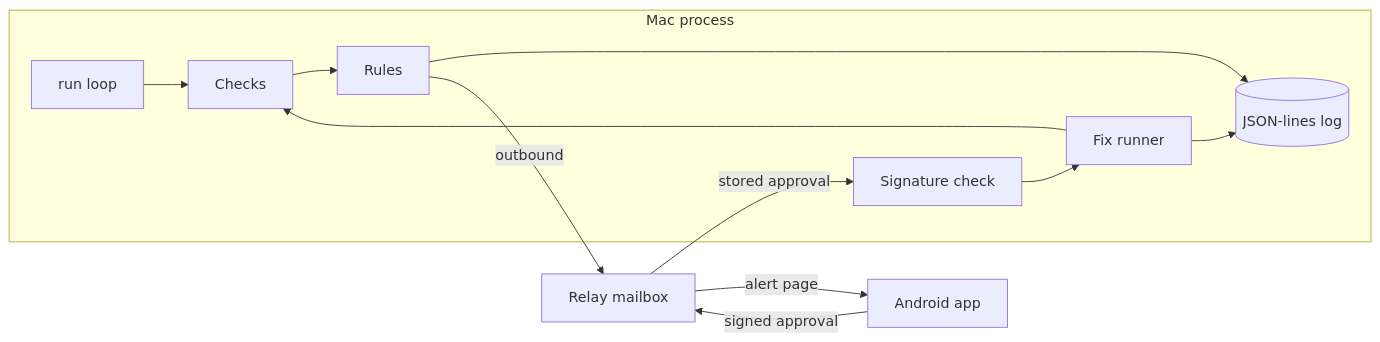
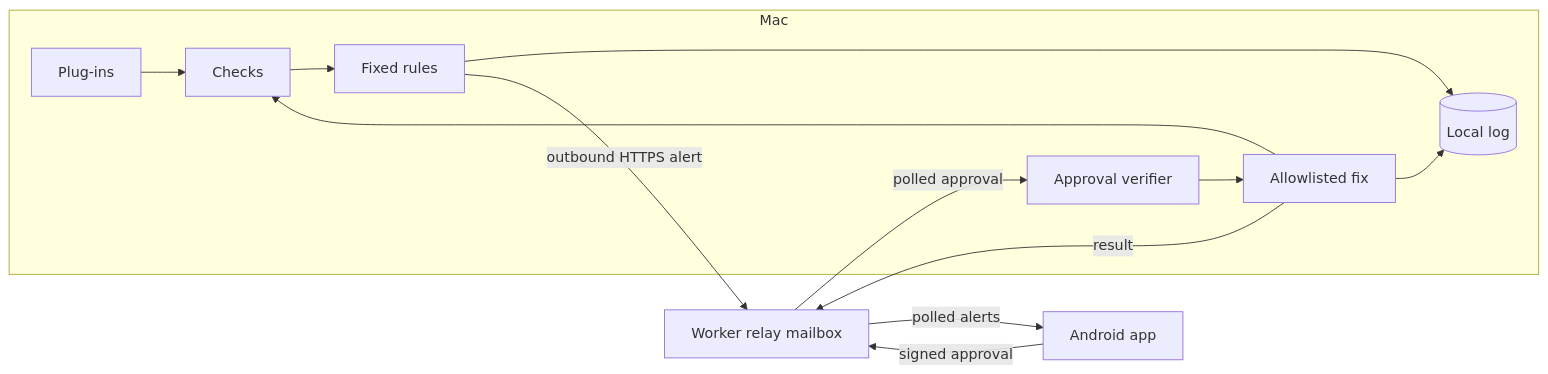
One commit to ZeroCool0388/daemon-doctor changed the diagram in README.md. Above: the diagram before and after it, drawn with Mermaid. The commit also changed other lines of this file, not shown here.

````diff
--- a/README.md
+++ b/README.md
@@ -40,15 +39,18 @@
 ```mermaid
 flowchart LR
-  subgraph Local["Mac process"]
-    S[run loop] --> C[Checks]
-    C --> R[Rules]
-    R --> L[(JSON-lines log)]
-    V[Signature check] --> F[Fix runner]
+  subgraph Mac[Mac]
+    P[Plug-ins] --> C[Checks]
+    C --> R[Fixed rules]
+    R --> L[(Local log)]
+    V[Approval verifier] --> F[Allowlisted fix]
     F --> C
     F --> L
   end
-  R -- outbound --> W[Relay mailbox]
-  W -- stored approval --> V
-  Ph[Android app] -- signed approval --> W
-  W -- alert page --> Ph
+  W[Worker relay mailbox]
+  Ph[Android app]
+  R -- outbound HTTPS alert --> W
+  Ph -- signed approval --> W
+  W -- polled approval --> V
+  F -- result --> W
+  W -- polled alerts --> Ph
 ```
````
